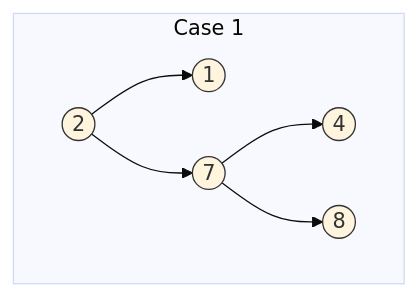
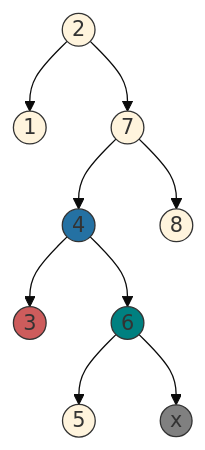
One commit to nverkhachoyan/Data-Structures-and-Algorithms changed the first of 2 diagrams in README.md. Above: the diagram before and after it, drawn with Mermaid (base theme). The commit also changed other lines of this file, not shown here.

````diff
--- a/README.md
+++ b/README.md
@@ -11,14 +12,23 @@
 ```mermaid
 graph TD;
-    subgraph Case 1
+ 
     2((2)):::node -->1((1));
     2((2))-->7((7));
     
     
-    7((7))-->4((4));
+    7((7))-->4((4)):::blue;
     7((7))-->8((8));
     
+    4((4))-->3((3)):::red;
+    4((4))-->6((6)):::green;
+    
+    6((6))-->5((5));
+    6((6))-->null((x)):::null;
     
     classDef node stroke:#333;
-    end
+    classDef null fill:gray;
+    
+    classDef red fill:#CD5C5C;
+    classDef blue fill:#2471A3;
+    classDef green fill:#008080;
 ```
````
